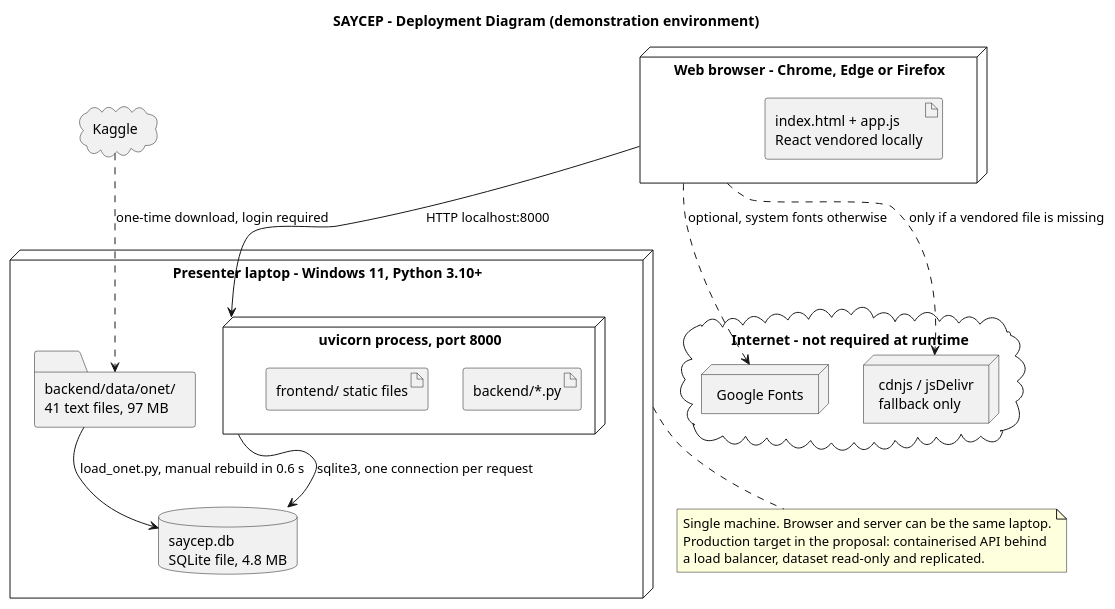
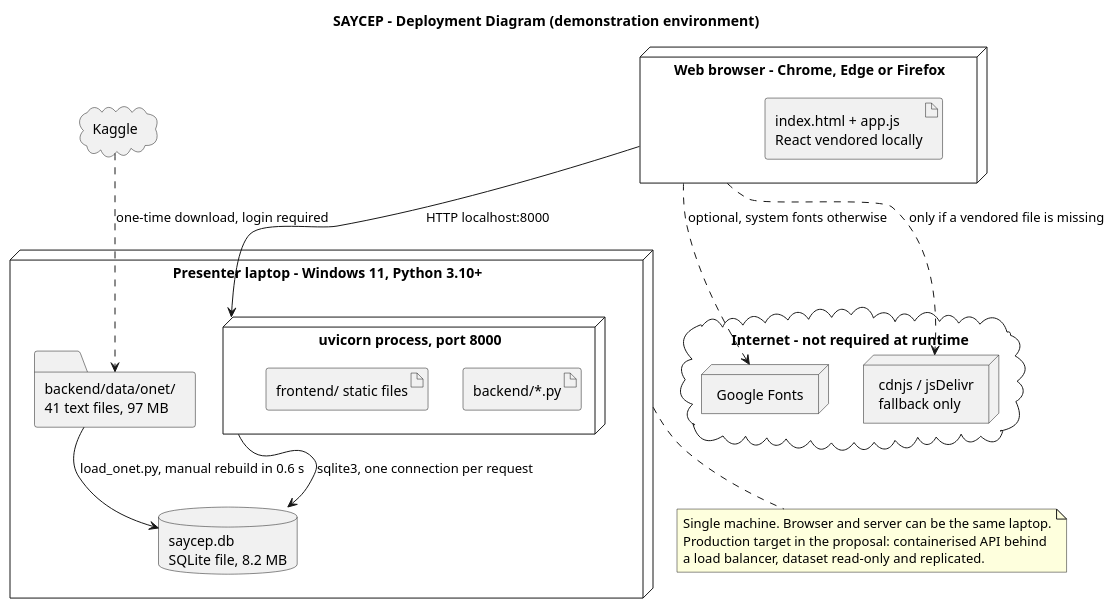
One commit to ShogunLSG/SAYCEP changed the diagram in docs/uml/a3/07-deployment.puml. Above: the diagram before and after it, drawn with PlantUML. The commit also changed 26 other files, not shown here.

First line of the commit message:
Redraw the Assignment 3 diagrams for the built system

```diff
--- a/docs/uml/a3/07-deployment.puml
+++ b/docs/uml/a3/07-deployment.puml
@@ -1,37 +1,37 @@
 @startuml SAYCEP_A3_Deployment
 ' Assignment 3 Q3.6 - deployment diagram: the demonstration environment.
 title SAYCEP - Deployment Diagram (demonstration environment)
 skinparam shadowing false
 
 node "Presenter laptop - Windows 11, Python 3.10+" as Laptop {
   node "uvicorn process, port 8000" as Proc {
     artifact "backend/*.py" as Code
     artifact "frontend/ static files" as Static
   }
-  database "saycep.db\nSQLite file, 4.8 MB" as DB
+  database "saycep.db\nSQLite file, 8.2 MB" as DB
   folder "backend/data/onet/\n41 text files, 97 MB" as Onet
 }
 
 node "Web browser - Chrome, Edge or Firefox" as Browser {
   artifact "index.html + app.js\nReact vendored locally" as Page
 }
 
 cloud "Internet - not required at runtime" as Net {
   node "Google Fonts" as Fonts
   node "cdnjs / jsDelivr\nfallback only" as CDN
 }
 cloud "Kaggle" as Kaggle
 
 Browser --> Proc : HTTP localhost:8000
 Proc --> DB : sqlite3, one connection per request
 Onet --> DB : load_onet.py, manual rebuild in 0.6 s
 Kaggle ..> Onet : one-time download, login required
 Browser ..> Fonts : optional, system fonts otherwise
 Browser ..> CDN : only if a vendored file is missing
 
 note bottom of Laptop
   Single machine. Browser and server can be the same laptop.
   Production target in the proposal: containerised API behind
   a load balancer, dataset read-only and replicated.
 end note
 @enduml
```
